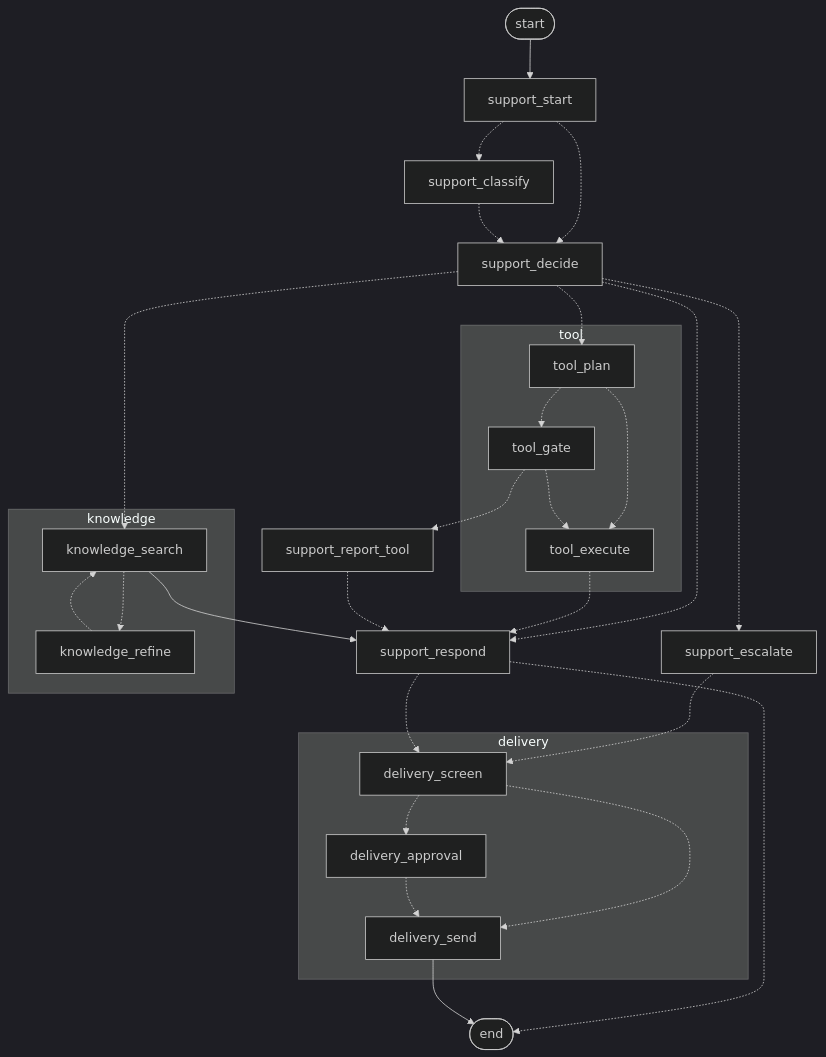
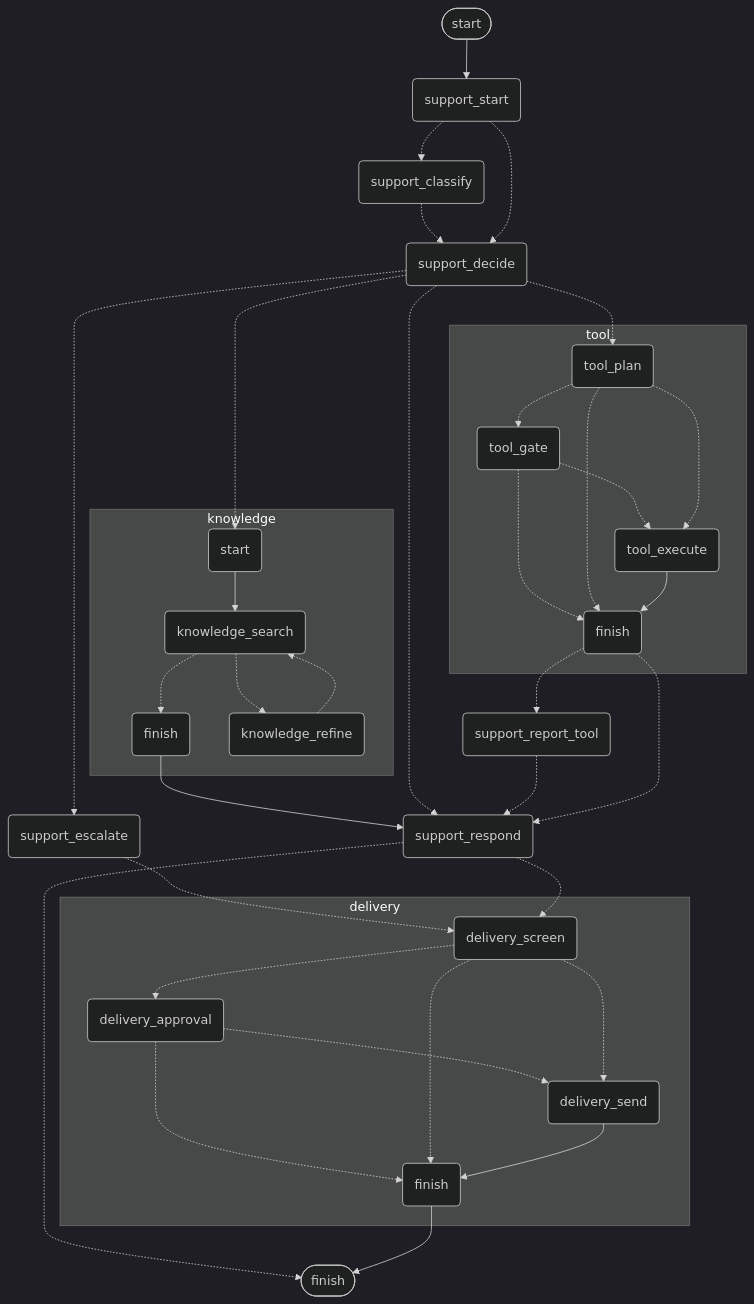
Before and after one commit to huynguyengl99/agent-graph-engineering: the diagram in docs/graphs.md, drawn with Mermaid (dark theme). The commit also changed other lines of this file, not shown here.

Commit message:
Make the expanded graph match the compiled object
The simplification that dropped each subgraph's start and finish markers
"for legibility" also dropped the edges that route to them, which are
the early exits: tool_plan and tool_gate stopping without executing, and
delivery_screen and delivery_approval ending without sending. Those are
the rejection paths, so the diagram was hiding the part that matters.

Generated from mermaid(xray=True) and checked edge for edge against it,
32 of 32.

````diff
--- a/docs/graphs.md
+++ b/docs/graphs.md
@@ -33,36 +33,61 @@
 ```mermaid
 graph TD;
-    start([start]) --> support_start
-    support_start -.-> support_classify
-    support_start -.-> support_decide
-    support_classify -.-> support_decide
-    support_decide -.-> knowledge_search
-    support_decide -.-> tool_plan
-    support_decide -.-> support_escalate
-    support_decide -.-> support_respond
-    knowledge_search --> support_respond
-    tool_gate -.-> support_report_tool
-    tool_execute -.-> support_respond
-    support_report_tool -.-> support_respond
-    support_escalate -.-> delivery_screen
-    support_respond -.-> delivery_screen
-    support_respond -.-> finish([end])
-    delivery_send --> finish
-
+    start([start])
+    support_start(support_start)
+    support_classify(support_classify)
+    support_decide(support_decide)
+    support_escalate(support_escalate)
+    support_report_tool(support_report_tool)
+    support_respond(support_respond)
+    finish([finish])
+    start --> support_start;
+    knowledge_done --> support_respond;
+    support_classify -.-> support_decide;
+    support_decide -.-> knowledge_start;
+    support_decide -.-> support_escalate;
+    support_decide -.-> support_respond;
+    support_decide -.-> tool_plan;
+    support_escalate -.-> delivery_screen;
+    support_report_tool -.-> support_respond;
+    support_respond -.-> finish;
+    support_respond -.-> delivery_screen;
+    support_start -.-> support_classify;
+    support_start -.-> support_decide;
+    tool_done -.-> support_report_tool;
+    tool_done -.-> support_respond;
+    delivery_done --> finish;
     subgraph knowledge
-        knowledge_search -.-> knowledge_refine
-        knowledge_refine -.-> knowledge_search
+    knowledge_start(start)
+    knowledge_search(knowledge_search)
+    knowledge_refine(knowledge_refine)
+    knowledge_done(finish)
+    knowledge_start --> knowledge_search;
+    knowledge_refine -.-> knowledge_search;
+    knowledge_search -.-> knowledge_done;
+    knowledge_search -.-> knowledge_refine;
     end
-
     subgraph tool
-        tool_plan -.-> tool_gate
-        tool_plan -.-> tool_execute
-        tool_gate -.-> tool_execute
+    tool_plan(tool_plan)
+    tool_gate(tool_gate)
+    tool_execute(tool_execute)
+    tool_done(finish)
+    tool_gate -.-> tool_done;
+    tool_gate -.-> tool_execute;
+    tool_plan -.-> tool_done;
+    tool_plan -.-> tool_execute;
+    tool_plan -.-> tool_gate;
+    tool_execute --> tool_done;
     end
-
     subgraph delivery
-        delivery_screen -.-> delivery_approval
-        delivery_screen -.-> delivery_send
-        delivery_approval -.-> delivery_send
+    delivery_screen(delivery_screen)
+    delivery_approval(delivery_approval)
+    delivery_send(delivery_send)
+    delivery_done(finish)
+    delivery_approval -.-> delivery_done;
+    delivery_approval -.-> delivery_send;
+    delivery_screen -.-> delivery_done;
+    delivery_screen -.-> delivery_approval;
+    delivery_screen -.-> delivery_send;
+    delivery_send --> delivery_done;
     end
 ```
````
